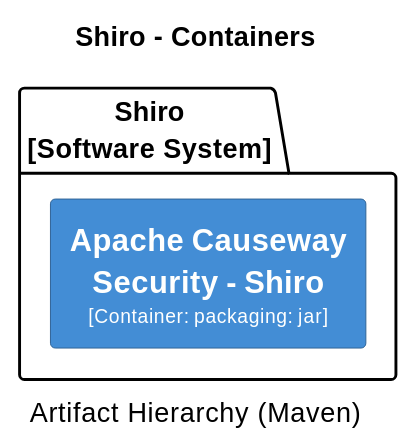
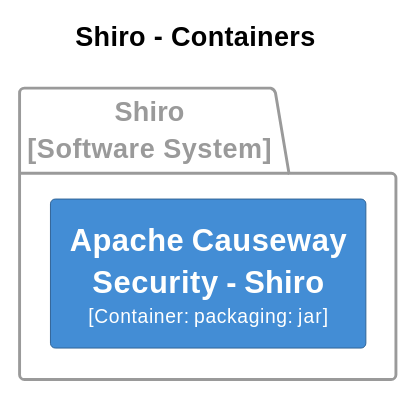
One commit to apache/causeway changed diagram 13 of 31 in core/adoc/modules/_overview/pages/about.adoc. Above: the diagram before and after it, drawn with PlantUML. The commit also changed other lines of this file and 7 other files, not shown here.

```diff
--- a/core/adoc/modules/_overview/pages/about.adoc
+++ b/core/adoc/modules/_overview/pages/about.adoc
@@ -2304,25 +2639,33 @@
 [plantuml,Shiro,svg]
 ----
-@startuml(id=Shiro)
+@startuml
+set separator none
 title Shiro - Containers
-caption Artifact Hierarchy (Maven)
+
+left to right direction
 
 skinparam {
   shadowing false
   arrowFontSize 10
   defaultTextAlignment center
   wrapWidth 200
   maxMessageSize 100
 }
+
 hide stereotype
-left to right direction
-skinparam rectangle<<2>> {
+
+skinparam rectangle<<Shiro.ApacheCausewaySecurityShiro>> {
   BackgroundColor #438dd5
   FontColor #fffffe
   BorderColor #2e6295
 }
-package "Shiro\n[Software System]" {
-  rectangle "==Apache Causeway Security - Shiro\n<size:10>[Container: packaging: jar]</size>" <<2>> as 2
+
+package "Shiro\n[Software System]" <<Shiro>> {
+  skinparam PackageBorderColor<<Shiro>> #9a9a9a
+  skinparam PackageFontColor<<Shiro>> #9a9a9a
+
+  rectangle "==Apache Causeway Security - Shiro\n<size:10>[Container: packaging: jar]</size>" <<Shiro.ApacheCausewaySecurityShiro>> as Shiro.ApacheCausewaySecurityShiro
 }
+
 @enduml
 ----
```
